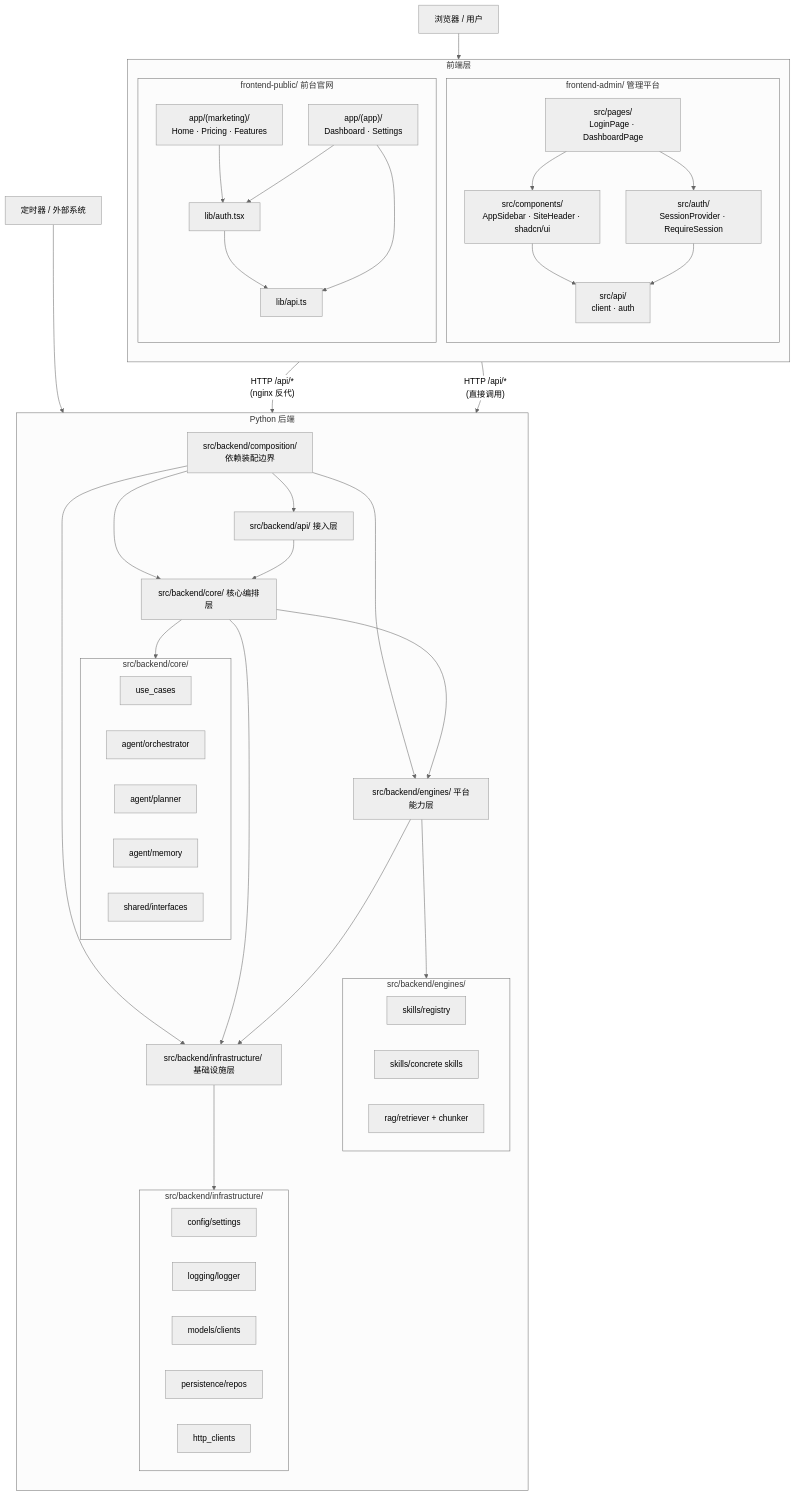
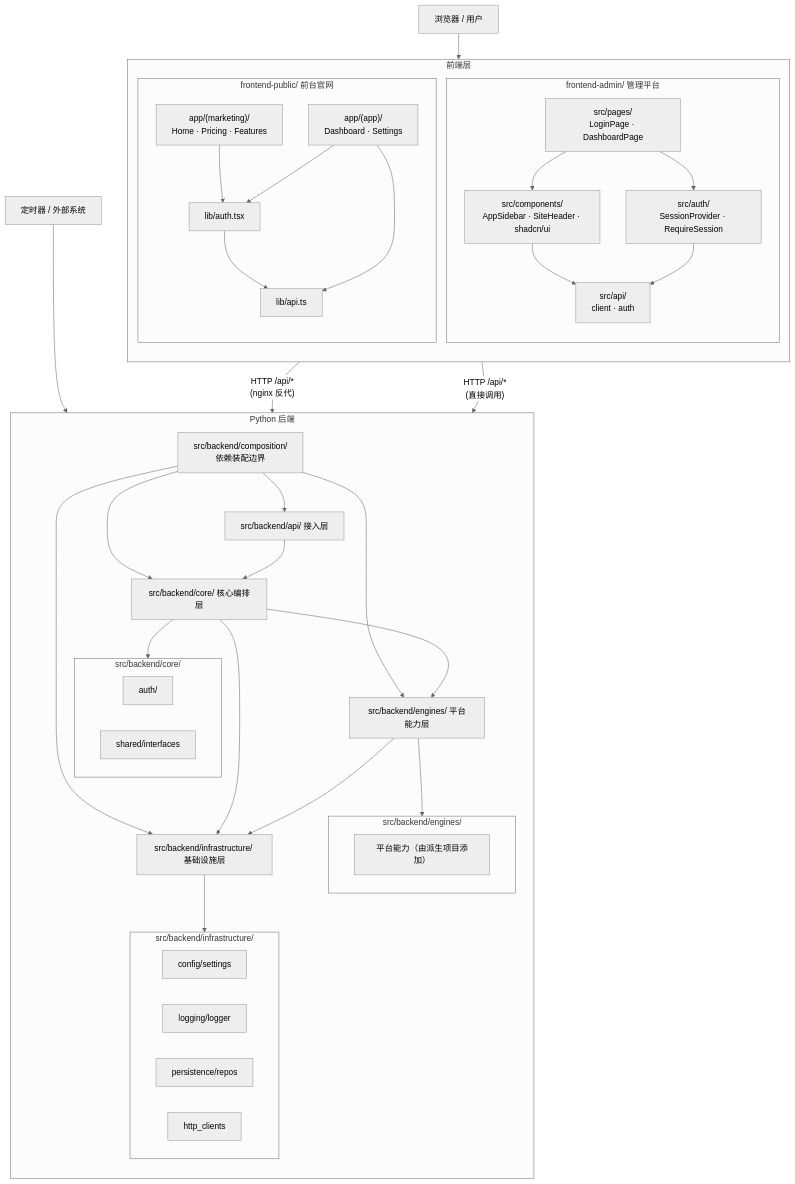
One commit to ZataZhang/zata-codes-template changed the diagram in docs/architecture/system-design.md. Above: the diagram before and after it, drawn with Mermaid (neutral theme). The commit also changed other lines of this file and 116 other files, not shown here.

````diff
--- a/docs/architecture/system-design.md
+++ b/docs/architecture/system-design.md
@@ -55,78 +55,72 @@
 ```mermaid
 flowchart TD
     Browser["浏览器 / 用户"] --> FE
 
     subgraph FE["前端层"]
         direction TB
         subgraph FE_ADMIN["frontend-admin/ 管理平台"]
             FE_ADMIN_PAGES["src/pages/\nLoginPage · DashboardPage"]
             FE_ADMIN_LAYOUT["src/components/\nAppSidebar · SiteHeader · shadcn/ui"]
             FE_ADMIN_AUTH["src/auth/\nSessionProvider · RequireSession"]
             FE_ADMIN_API["src/api/\nclient · auth"]
             FE_ADMIN_PAGES --> FE_ADMIN_LAYOUT
             FE_ADMIN_PAGES --> FE_ADMIN_AUTH
             FE_ADMIN_AUTH --> FE_ADMIN_API
             FE_ADMIN_LAYOUT --> FE_ADMIN_API
         end
 
         subgraph FE_PUBLIC["frontend-public/ 前台官网"]
             FE_PUBLIC_MARKETING["app/(marketing)/\nHome · Pricing · Features"]
             FE_PUBLIC_APP["app/(app)/\nDashboard · Settings"]
             FE_PUBLIC_AUTH["lib/auth.tsx"]
             FE_PUBLIC_API["lib/api.ts"]
             FE_PUBLIC_MARKETING --> FE_PUBLIC_AUTH
             FE_PUBLIC_APP --> FE_PUBLIC_AUTH
             FE_PUBLIC_APP --> FE_PUBLIC_API
             FE_PUBLIC_AUTH --> FE_PUBLIC_API
         end
     end
 
     FE_ADMIN_API -->|"HTTP /api/*\n(nginx 反代)"| Apps
     FE_PUBLIC_API -->|"HTTP /api/*\n(直接调用)"| Apps
 
     subgraph Backend["Python 后端"]
         direction TB
         Composition["src/backend/composition/\n依赖装配边界"]
         Apps["src/backend/api/ 接入层"]
         Core["src/backend/core/ 核心编排层"]
         Platform["src/backend/engines/ 平台能力层"]
         Infra["src/backend/infrastructure/ 基础设施层"]
 
         Composition --> Apps
         Composition --> Core
         Composition --> Platform
         Composition --> Infra
         Apps --> Core
         Core --> Platform
         Core --> Infra
         Platform --> Infra
 
         subgraph CoreDetails["src/backend/core/"]
-            UC["use_cases"]
-            ORCH["agent/orchestrator"]
-            PLAN["agent/planner"]
-            MEM["agent/memory"]
+            AUTH["auth/"]
             IFACE["shared/interfaces"]
         end
 
         subgraph PlatformDetails["src/backend/engines/"]
-            REG["skills/registry"]
-            SKILL["skills/concrete skills"]
-            RAG["rag/retriever + chunker"]
+            PLAT["平台能力（由派生项目添加）"]
         end
 
         subgraph InfraDetails["src/backend/infrastructure/"]
             CFG["config/settings"]
             LOG["logging/logger"]
-            LLM["models/clients"]
             DB["persistence/repos"]
             HTTP["http_clients"]
         end
 
         Core --> CoreDetails
         Platform --> PlatformDetails
         Infra --> InfraDetails
     end
 
     Timer["定时器 / 外部系统"] --> Apps
 ```
````
